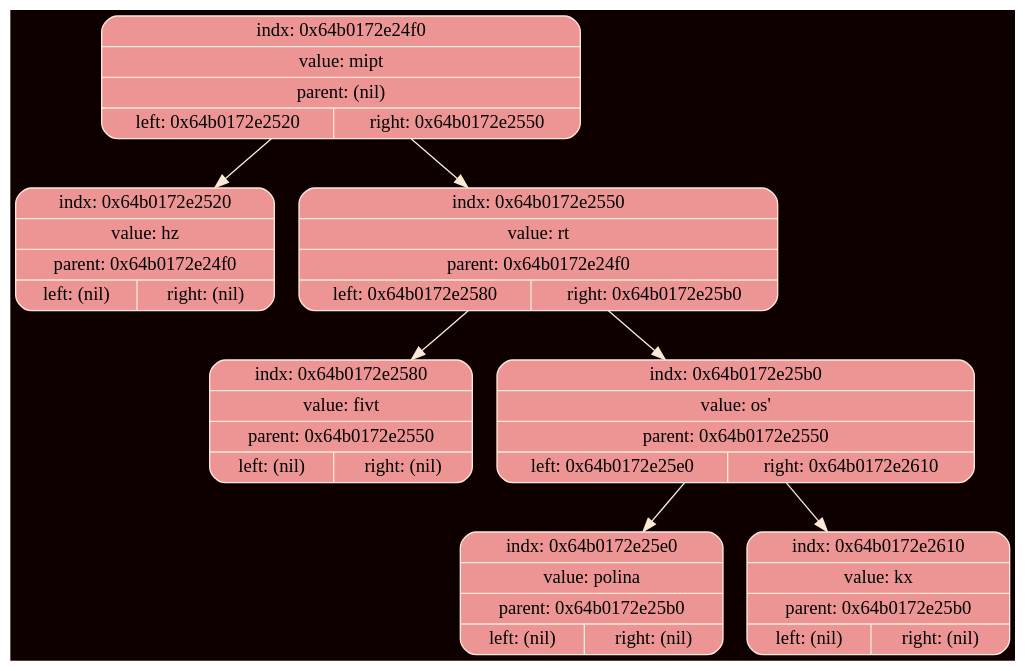
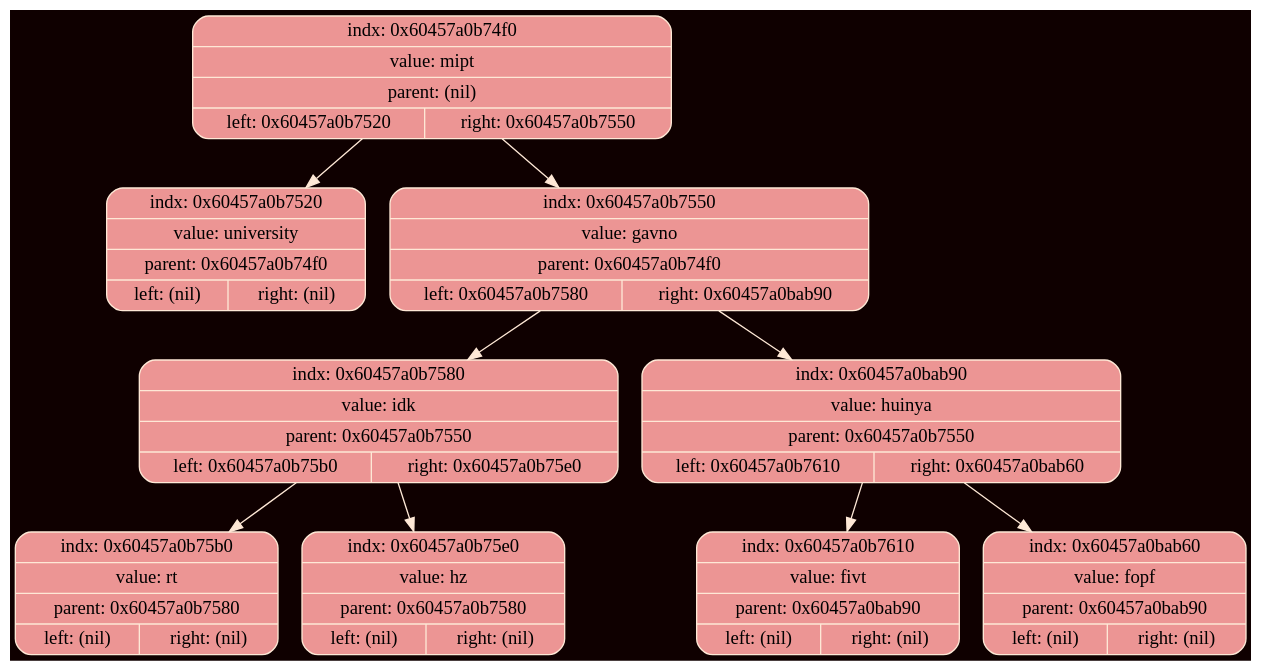
Before and after one commit to ksshkh/akinator: the diagram in debug/tree.dot, drawn with Graphviz. The commit also changed 14 other files, not shown here.

```diff
--- a/debug/tree.dot
+++ b/debug/tree.dot
@@ -1,19 +1,23 @@
 digraph Tree {
 	rankdir = TB;
 	node [shape = record];
 	edge[color = "#FEE8D6"];
 	bgcolor = "#0F0000";
-	node0x64b0172e24f0 [color = "#FEE8D6", shape = Mrecord, style = filled, fillcolor = "#EC9594", label = "{indx: 0x64b0172e24f0 | value: mipt | parent: (nil) | { left: 0x64b0172e2520 | right: 0x64b0172e2550}}"];
-		node0x64b0172e24f0 -> node0x64b0172e2520
-	node0x64b0172e2520 [color = "#FEE8D6", shape = Mrecord, style = filled, fillcolor = "#EC9594", label = "{indx: 0x64b0172e2520 | value: hz | parent: 0x64b0172e24f0 | { left: (nil) | right: (nil)}}"];
-		node0x64b0172e24f0 -> node0x64b0172e2550
-	node0x64b0172e2550 [color = "#FEE8D6", shape = Mrecord, style = filled, fillcolor = "#EC9594", label = "{indx: 0x64b0172e2550 | value: rt | parent: 0x64b0172e24f0 | { left: 0x64b0172e2580 | right: 0x64b0172e25b0}}"];
-		node0x64b0172e2550 -> node0x64b0172e2580
-	node0x64b0172e2580 [color = "#FEE8D6", shape = Mrecord, style = filled, fillcolor = "#EC9594", label = "{indx: 0x64b0172e2580 | value: fivt | parent: 0x64b0172e2550 | { left: (nil) | right: (nil)}}"];
-		node0x64b0172e2550 -> node0x64b0172e25b0
-	node0x64b0172e25b0 [color = "#FEE8D6", shape = Mrecord, style = filled, fillcolor = "#EC9594", label = "{indx: 0x64b0172e25b0 | value: os' | parent: 0x64b0172e2550 | { left: 0x64b0172e25e0 | right: 0x64b0172e2610}}"];
-		node0x64b0172e25b0 -> node0x64b0172e25e0
-	node0x64b0172e25e0 [color = "#FEE8D6", shape = Mrecord, style = filled, fillcolor = "#EC9594", label = "{indx: 0x64b0172e25e0 | value: polina | parent: 0x64b0172e25b0 | { left: (nil) | right: (nil)}}"];
-		node0x64b0172e25b0 -> node0x64b0172e2610
-	node0x64b0172e2610 [color = "#FEE8D6", shape = Mrecord, style = filled, fillcolor = "#EC9594", label = "{indx: 0x64b0172e2610 | value: kx | parent: 0x64b0172e25b0 | { left: (nil) | right: (nil)}}"];
+	node0x60457a0b74f0 [color = "#FEE8D6", shape = Mrecord, style = filled, fillcolor = "#EC9594", label = "{indx: 0x60457a0b74f0 | value: mipt | parent: (nil) | { left: 0x60457a0b7520 | right: 0x60457a0b7550}}"];
+		node0x60457a0b74f0 -> node0x60457a0b7520
+	node0x60457a0b7520 [color = "#FEE8D6", shape = Mrecord, style = filled, fillcolor = "#EC9594", label = "{indx: 0x60457a0b7520 | value: university | parent: 0x60457a0b74f0 | { left: (nil) | right: (nil)}}"];
+		node0x60457a0b74f0 -> node0x60457a0b7550
+	node0x60457a0b7550 [color = "#FEE8D6", shape = Mrecord, style = filled, fillcolor = "#EC9594", label = "{indx: 0x60457a0b7550 | value: gavno | parent: 0x60457a0b74f0 | { left: 0x60457a0b7580 | right: 0x60457a0bab90}}"];
+		node0x60457a0b7550 -> node0x60457a0b7580
+	node0x60457a0b7580 [color = "#FEE8D6", shape = Mrecord, style = filled, fillcolor = "#EC9594", label = "{indx: 0x60457a0b7580 | value: idk | parent: 0x60457a0b7550 | { left: 0x60457a0b75b0 | right: 0x60457a0b75e0}}"];
+		node0x60457a0b7580 -> node0x60457a0b75b0
+	node0x60457a0b75b0 [color = "#FEE8D6", shape = Mrecord, style = filled, fillcolor = "#EC9594", label = "{indx: 0x60457a0b75b0 | value: rt | parent: 0x60457a0b7580 | { left: (nil) | right: (nil)}}"];
+		node0x60457a0b7580 -> node0x60457a0b75e0
+	node0x60457a0b75e0 [color = "#FEE8D6", shape = Mrecord, style = filled, fillcolor = "#EC9594", label = "{indx: 0x60457a0b75e0 | value: hz | parent: 0x60457a0b7580 | { left: (nil) | right: (nil)}}"];
+		node0x60457a0b7550 -> node0x60457a0bab90
+	node0x60457a0bab90 [color = "#FEE8D6", shape = Mrecord, style = filled, fillcolor = "#EC9594", label = "{indx: 0x60457a0bab90 | value: huinya | parent: 0x60457a0b7550 | { left: 0x60457a0b7610 | right: 0x60457a0bab60}}"];
+		node0x60457a0bab90 -> node0x60457a0b7610
+	node0x60457a0b7610 [color = "#FEE8D6", shape = Mrecord, style = filled, fillcolor = "#EC9594", label = "{indx: 0x60457a0b7610 | value: fivt | parent: 0x60457a0bab90 | { left: (nil) | right: (nil)}}"];
+		node0x60457a0bab90 -> node0x60457a0bab60
+	node0x60457a0bab60 [color = "#FEE8D6", shape = Mrecord, style = filled, fillcolor = "#EC9594", label = "{indx: 0x60457a0bab60 | value: fopf | parent: 0x60457a0bab90 | { left: (nil) | right: (nil)}}"];
 }
```
